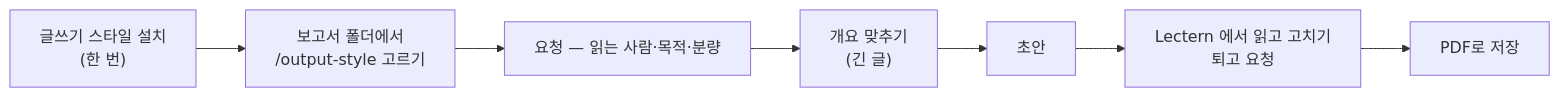
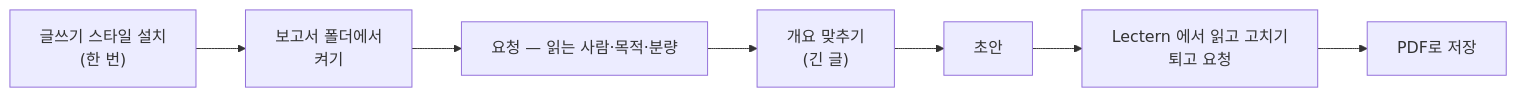
The diagram in samples/guide/12-보고서와-PDF.md (samiblog/lectern), drawn with Mermaid before and after one commit. The commit also changed other lines of this file and 54 other files, not shown here.

````diff
--- a/samples/guide/12-보고서와-PDF.md
+++ b/samples/guide/12-보고서와-PDF.md
@@ -9,9 +9,9 @@
 ```mermaid
 flowchart LR
-  A["글쓰기 스타일 설치<br/>(한 번)"] --> B["보고서 폴더에서<br/>/output-style 고르기"]
+  A["글쓰기 스타일 설치<br/>(한 번)"] --> B["보고서 폴더에서<br/>켜기"]
   B --> C["요청 — 읽는 사람·목적·분량"]
   C --> D["개요 맞추기<br/>(긴 글)"]
   D --> E["초안"]
   E --> F["Lectern 에서 읽고 고치기<br/>퇴고 요청"]
   F --> G["PDF로 저장"]
 ```
````
